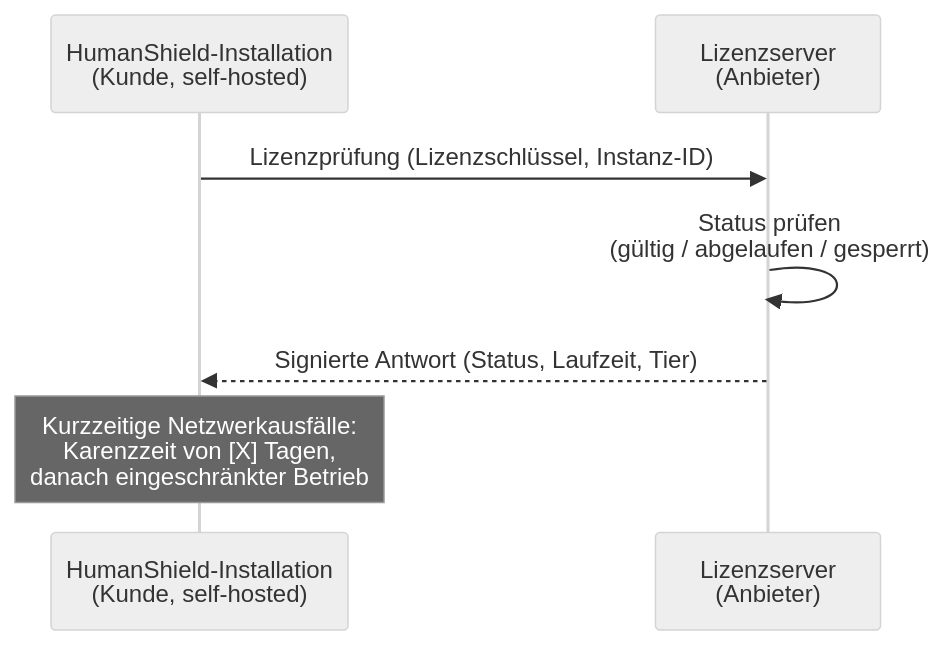
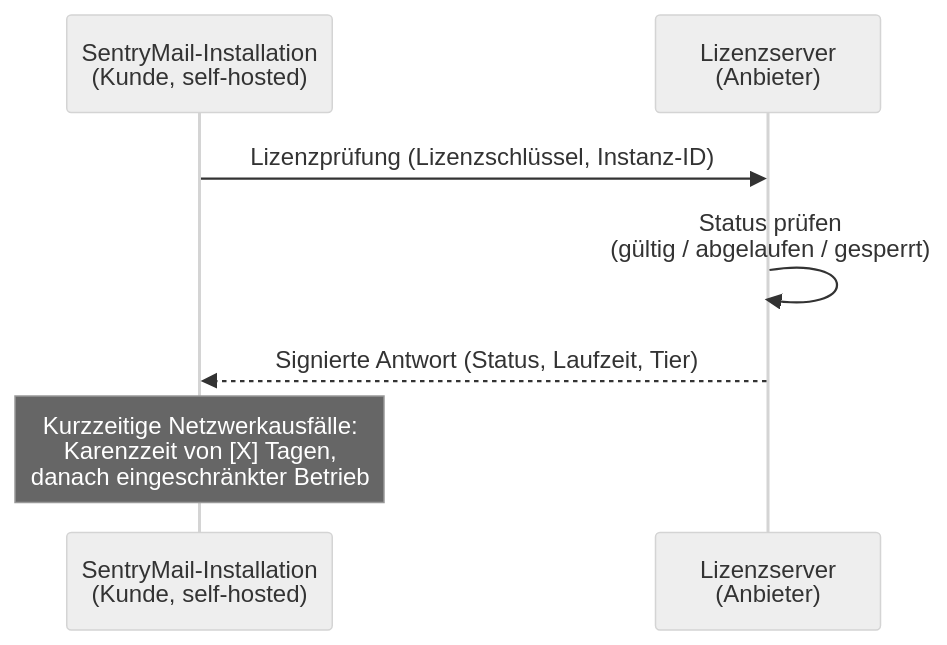
Before and after one commit to HumanShield-Awareness/humanshield-awareness.de: the second of 2 diagrams in src/content/seiten/de/agb.md, drawn with Mermaid (neutral theme). The commit also changed other lines of this file and 45 other files, not shown here.

First line of the commit message:
Rebranding: HumanShield Awareness → SentryMail

````diff
--- a/src/content/seiten/de/agb.md
+++ b/src/content/seiten/de/agb.md
@@ -152,10 +152,10 @@
 ```mermaid
 sequenceDiagram
-    participant HS as HumanShield-Installation<br/>(Kunde, self-hosted)
+    participant HS as SentryMail-Installation<br/>(Kunde, self-hosted)
     participant LS as Lizenzserver<br/>(Anbieter)
 
     HS->>LS: Lizenzprüfung (Lizenzschlüssel, Instanz-ID)
     LS->>LS: Status prüfen<br/>(gültig / abgelaufen / gesperrt)
     LS-->>HS: Signierte Antwort (Status, Laufzeit, Tier)
     Note over HS: Kurzzeitige Netzwerkausfälle:<br/>Karenzzeit von [X] Tagen,<br/>danach eingeschränkter Betrieb
 ```
````
